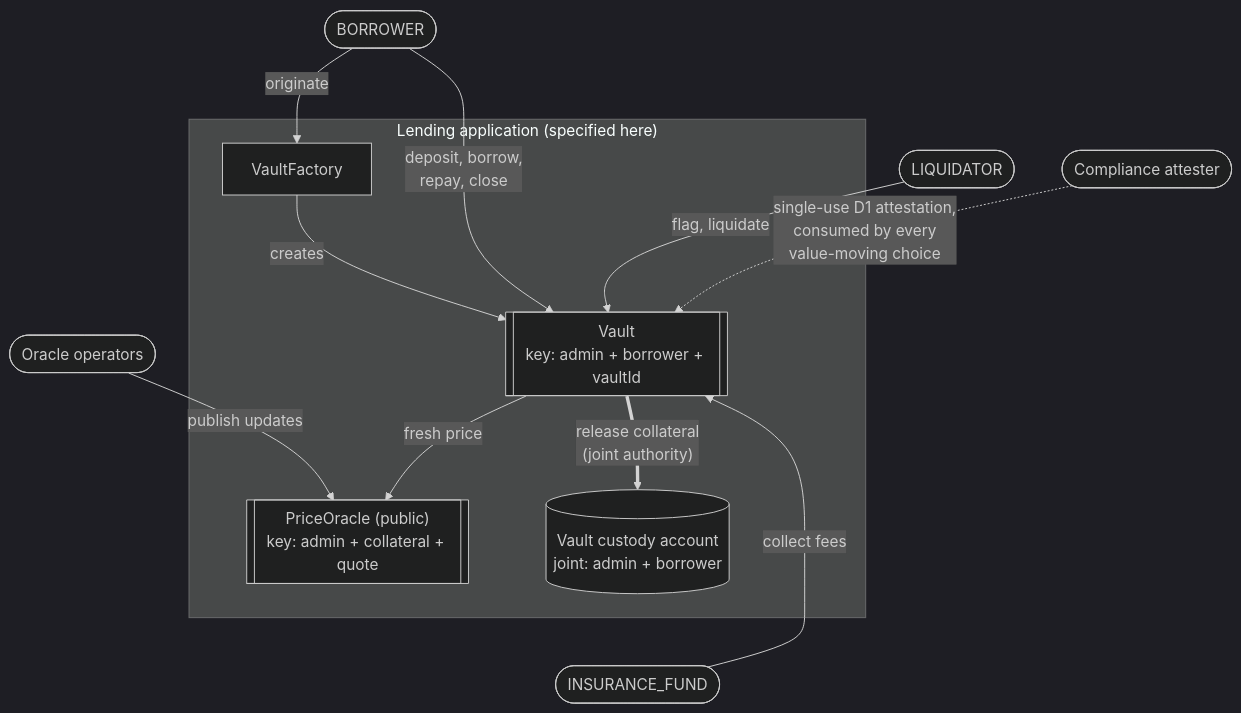
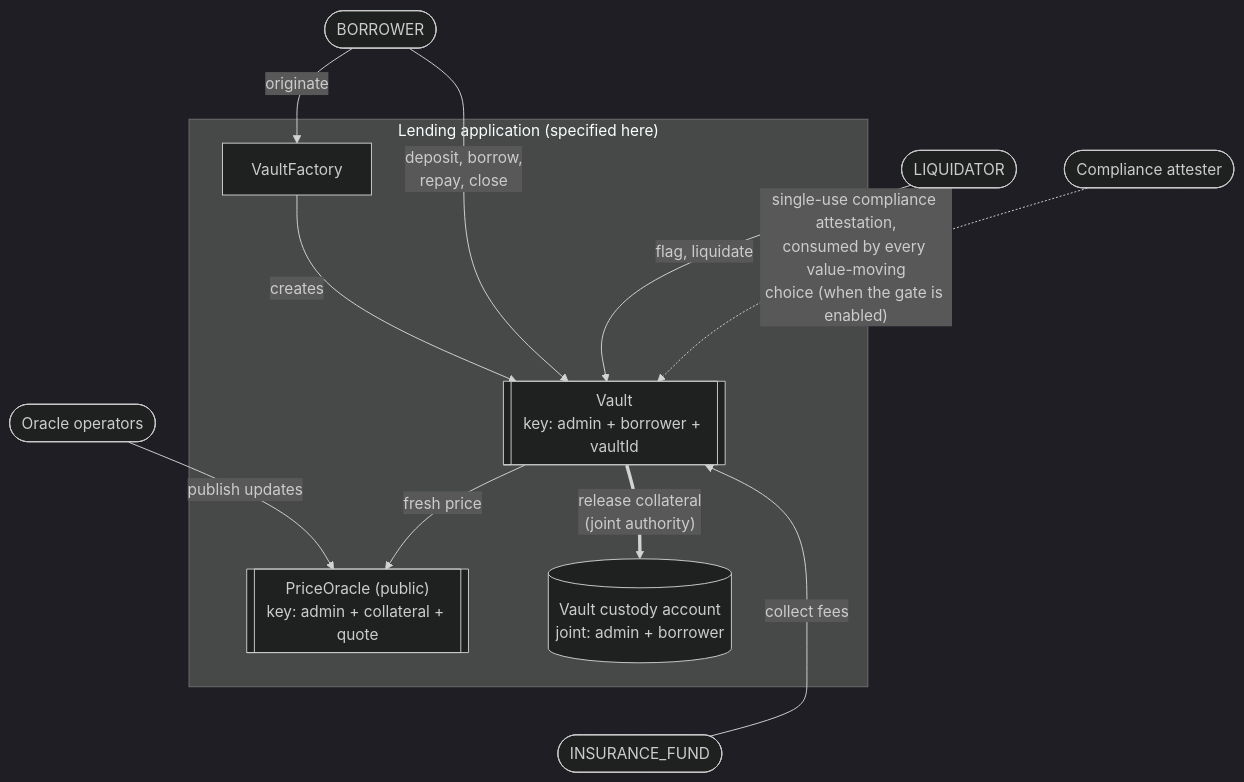
One commit to OpenZeppelin/canton-specs changed the first of 7 diagrams in docs/reference-architectures/lending.md. Above: the diagram before and after it, drawn with Mermaid (dark theme). The commit also changed other lines of this file, not shown here.

````diff
--- a/docs/reference-architectures/lending.md
+++ b/docs/reference-architectures/lending.md
@@ -121,27 +123,27 @@
 ```mermaid
 flowchart TB
     Committee([Oracle operators])
     Borrower([BORROWER])
     Liquidator([LIQUIDATOR])
     Attester([Compliance attester])
 
     subgraph Target["Lending application (specified here)"]
         Oracle[["PriceOracle (public)<br/>key: admin + collateral + quote"]]
         Factory["VaultFactory"]
         Vault[["Vault<br/>key: admin + borrower + vaultId"]]
         Custody[("Vault custody account<br/>joint: admin + borrower")]
     end
 
     Fund([INSURANCE_FUND])
     Custody ~~~ Fund
 
     Committee -->|"publish updates"| Oracle
     Borrower -->|"originate"| Factory
     Factory -->|"creates"| Vault
     Borrower -->|"deposit, borrow,<br/>repay, close"| Vault
     Liquidator -->|"flag, liquidate"| Vault
-    Attester -.->|"single-use D1 attestation,<br/>consumed by every<br/>value-moving choice"| Vault
+    Attester -.->|"single-use compliance attestation,<br/>consumed by every value-moving<br/>choice (when the gate is enabled)"| Vault
     Fund -->|"collect fees"| Vault
     Vault -->|"fresh price"| Oracle
     Vault ==>|"release collateral<br/>(joint authority)"| Custody
 ```
````
